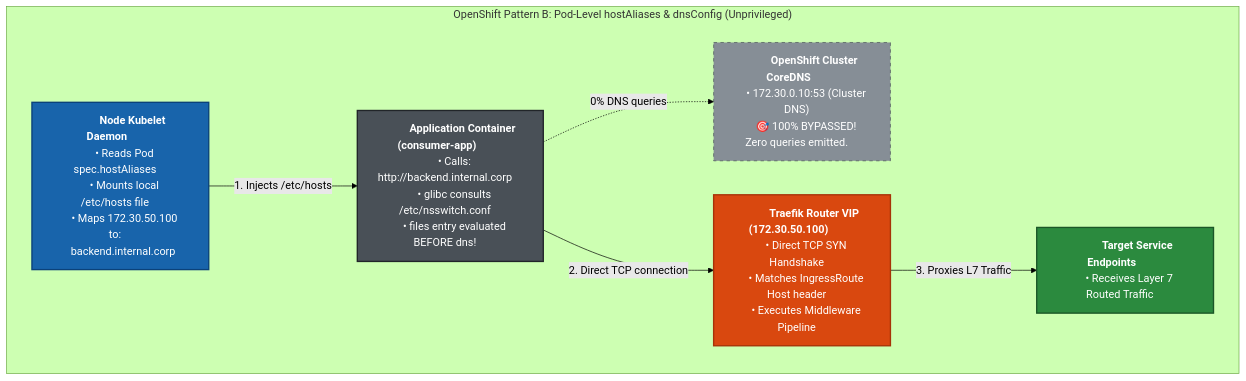
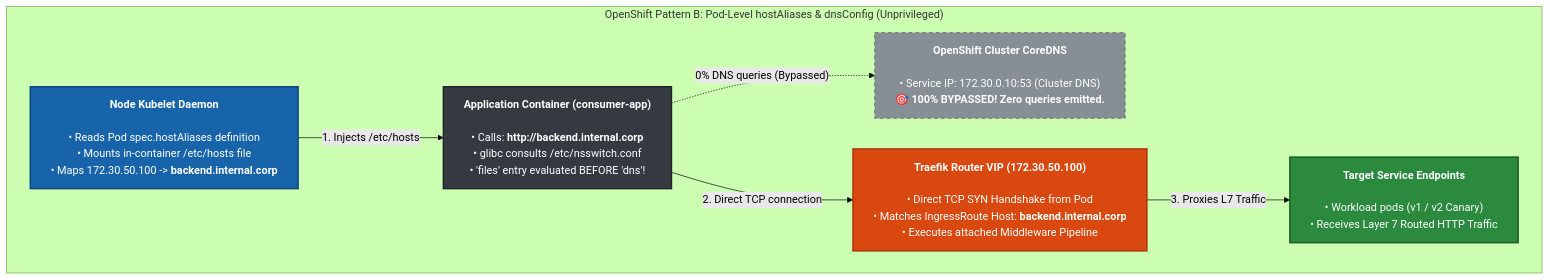
Before and after one commit to nubenetes/cloudnative-ingress-mesh-lab: the fourth of 10 diagrams in docs/FQDN_ROUTING.md, drawn with Mermaid (forest theme). The commit also changed other lines of this file, not shown here.

Commit message:
docs: resolve text clipping across all diagrams in FQDN_ROUTING.md

````diff
--- a/docs/FQDN_ROUTING.md
+++ b/docs/FQDN_ROUTING.md
@@ -578,31 +579,32 @@
 ```mermaid
+%%{init: {"flowchart": {"wrappingWidth": 460, "nodeSpacing": 45, "rankSpacing": 45}}}%%
 flowchart TD
-    subgraph PatternB ["&nbsp;&nbsp;&nbsp;&nbsp;&nbsp;&nbsp;&nbsp;&nbsp;&nbsp;&nbsp;&nbsp;&nbsp;OpenShift Pattern B: Pod-Level hostAliases & dnsConfig (Unprivileged)&nbsp;&nbsp;&nbsp;&nbsp;&nbsp;&nbsp;&nbsp;&nbsp;&nbsp;&nbsp;&nbsp;&nbsp;"]
-        Kubelet["&nbsp;&nbsp;&nbsp;&nbsp;&nbsp;&nbsp;&nbsp;&nbsp;&nbsp;&nbsp;<b>Node Kubelet Daemon</b>&nbsp;&nbsp;&nbsp;&nbsp;&nbsp;&nbsp;&nbsp;&nbsp;&nbsp;&nbsp;<br/>&nbsp;&nbsp;&nbsp;&nbsp;• Reads Pod spec.hostAliases&nbsp;&nbsp;&nbsp;&nbsp;<br/>&nbsp;&nbsp;&nbsp;&nbsp;• Mounts local /etc/hosts file&nbsp;&nbsp;&nbsp;&nbsp;<br/>&nbsp;&nbsp;&nbsp;&nbsp;• Maps 172.30.50.100 to:&nbsp;&nbsp;&nbsp;&nbsp;<br/>&nbsp;&nbsp;&nbsp;&nbsp;&nbsp;&nbsp;backend.internal.corp&nbsp;&nbsp;&nbsp;&nbsp;"]
+    subgraph PatternB ["OpenShift Pattern B: Pod-Level hostAliases & dnsConfig (Unprivileged)"]
+        Kubelet["<b>Node Kubelet Daemon</b><br/><br/>• Reads Pod spec.hostAliases definition<br/>• Mounts in-container /etc/hosts file<br/>• Maps 172.30.50.100 -> <b>backend.internal.corp</b>"]
         
-        AppPod["&nbsp;&nbsp;&nbsp;&nbsp;&nbsp;&nbsp;&nbsp;&nbsp;&nbsp;&nbsp;<b>Application Container (consumer-app)</b>&nbsp;&nbsp;&nbsp;&nbsp;&nbsp;&nbsp;&nbsp;&nbsp;&nbsp;&nbsp;<br/>&nbsp;&nbsp;&nbsp;&nbsp;• Calls: http://backend.internal.corp&nbsp;&nbsp;&nbsp;&nbsp;<br/>&nbsp;&nbsp;&nbsp;&nbsp;• glibc consults /etc/nsswitch.conf&nbsp;&nbsp;&nbsp;&nbsp;<br/>&nbsp;&nbsp;&nbsp;&nbsp;• files entry evaluated BEFORE dns!&nbsp;&nbsp;&nbsp;&nbsp;"]
+        AppPod["<b>Application Container (consumer-app)</b><br/><br/>• Calls: <b>http://backend.internal.corp</b><br/>• glibc consults /etc/nsswitch.conf<br/>• 'files' entry evaluated BEFORE 'dns'!"]
         
-        BypassedDNS["&nbsp;&nbsp;&nbsp;&nbsp;&nbsp;&nbsp;&nbsp;&nbsp;&nbsp;&nbsp;<b>OpenShift Cluster CoreDNS</b>&nbsp;&nbsp;&nbsp;&nbsp;&nbsp;&nbsp;&nbsp;&nbsp;&nbsp;&nbsp;<br/>&nbsp;&nbsp;&nbsp;&nbsp;• 172.30.0.10:53 (Cluster DNS)&nbsp;&nbsp;&nbsp;&nbsp;<br/>&nbsp;&nbsp;&nbsp;&nbsp;🎯 100% BYPASSED! Zero queries emitted.&nbsp;&nbsp;&nbsp;&nbsp;"]
+        BypassedDNS["<b>OpenShift Cluster CoreDNS</b><br/><br/>• Service IP: 172.30.0.10:53 (Cluster DNS)<br/>🎯 <b>100% BYPASSED! Zero queries emitted.</b>"]
         
-        TraefikSvc["&nbsp;&nbsp;&nbsp;&nbsp;&nbsp;&nbsp;&nbsp;&nbsp;&nbsp;&nbsp;<b>Traefik Router VIP (172.30.50.100)</b>&nbsp;&nbsp;&nbsp;&nbsp;&nbsp;&nbsp;&nbsp;&nbsp;&nbsp;&nbsp;<br/>&nbsp;&nbsp;&nbsp;&nbsp;• Direct TCP SYN Handshake&nbsp;&nbsp;&nbsp;&nbsp;<br/>&nbsp;&nbsp;&nbsp;&nbsp;• Matches IngressRoute Host header&nbsp;&nbsp;&nbsp;&nbsp;<br/>&nbsp;&nbsp;&nbsp;&nbsp;• Executes Middleware Pipeline&nbsp;&nbsp;&nbsp;&nbsp;"]
+        TraefikSvc["<b>Traefik Router VIP (172.30.50.100)</b><br/><br/>• Direct TCP SYN Handshake from Pod<br/>• Matches IngressRoute Host: <b>backend.internal.corp</b><br/>• Executes attached Middleware Pipeline"]
         
-        UpstreamApp["&nbsp;&nbsp;&nbsp;&nbsp;&nbsp;&nbsp;&nbsp;&nbsp;&nbsp;&nbsp;<b>Target Service Endpoints</b>&nbsp;&nbsp;&nbsp;&nbsp;&nbsp;&nbsp;&nbsp;&nbsp;&nbsp;&nbsp;<br/>&nbsp;&nbsp;&nbsp;&nbsp;• Receives Layer 7 Routed Traffic&nbsp;&nbsp;&nbsp;&nbsp;"]
+        UpstreamApp["<b>Target Service Endpoints</b><br/><br/>• Workload pods (v1 / v2 Canary)<br/>• Receives Layer 7 Routed HTTP Traffic"]
 
         Kubelet -->|"1. Injects /etc/hosts"| AppPod
-        AppPod -.->|"0% DNS queries"| BypassedDNS
+        AppPod -.->|"0% DNS queries (Bypassed)"| BypassedDNS
         AppPod -->|"2. Direct TCP connection"| TraefikSvc
         TraefikSvc -->|"3. Proxies L7 Traffic"| UpstreamApp
     end
 
-    classDef client fill:#495057,stroke:#212529,stroke-width:2px,color:#fff;
-    classDef dns fill:#1864ab,stroke:#0b427a,stroke-width:2px,color:#fff;
-    classDef router fill:#d9480f,stroke:#a63207,stroke-width:2px,color:#fff;
-    classDef target fill:#2b8a3e,stroke:#1b5727,stroke-width:2px,color:#fff;
-    classDef bypassed fill:#868e96,stroke:#495057,stroke-dasharray: 5 5,color:#fff;
+    classDef client fill:#343a40,stroke:#212529,stroke-width:2px,color:#fff,min-width:380px;
+    classDef dns fill:#1864ab,stroke:#0b427a,stroke-width:2px,color:#fff,min-width:380px;
+    classDef router fill:#d9480f,stroke:#a63207,stroke-width:2px,color:#fff,min-width:380px;
+    classDef target fill:#2b8a3e,stroke:#1b5727,stroke-width:2px,color:#fff,min-width:380px;
+    classDef bypassed fill:#868e96,stroke:#495057,stroke-dasharray: 5 5,color:#fff,min-width:380px;
 
     class AppPod client;
     class Kubelet dns;
     class BypassedDNS bypassed;
     class TraefikSvc router;
     class UpstreamApp target;
 ```
````
